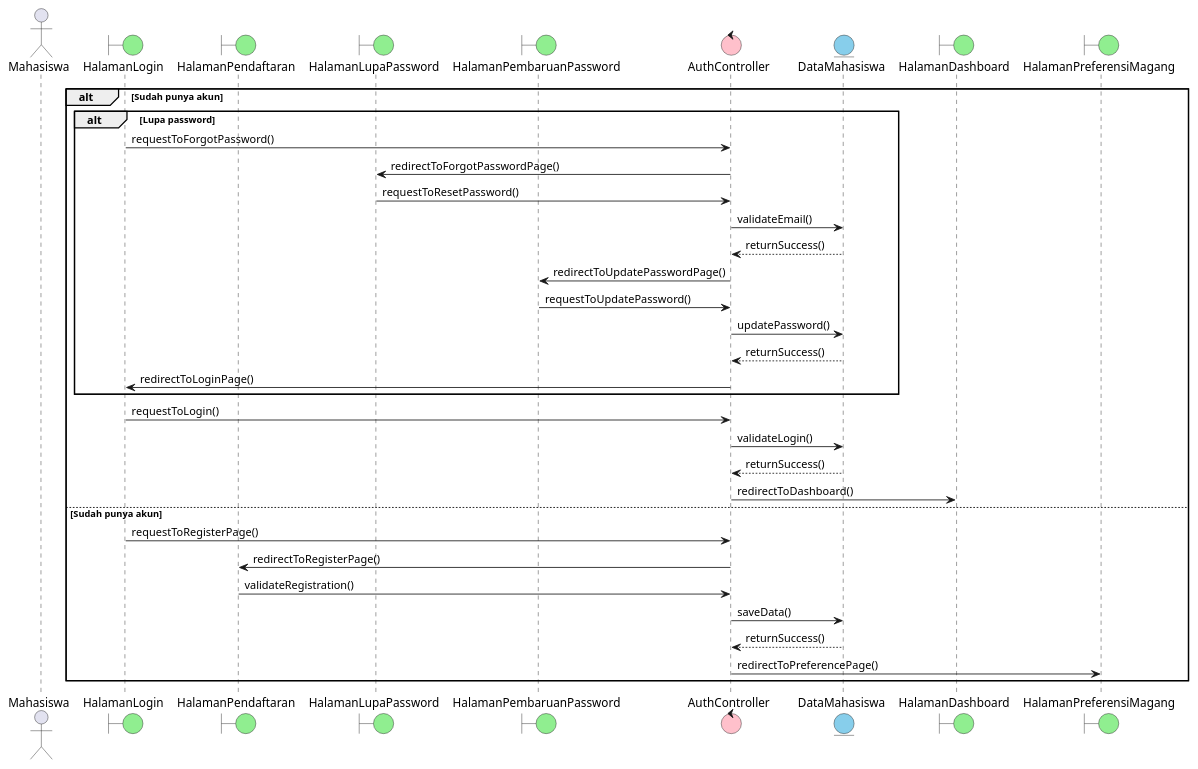
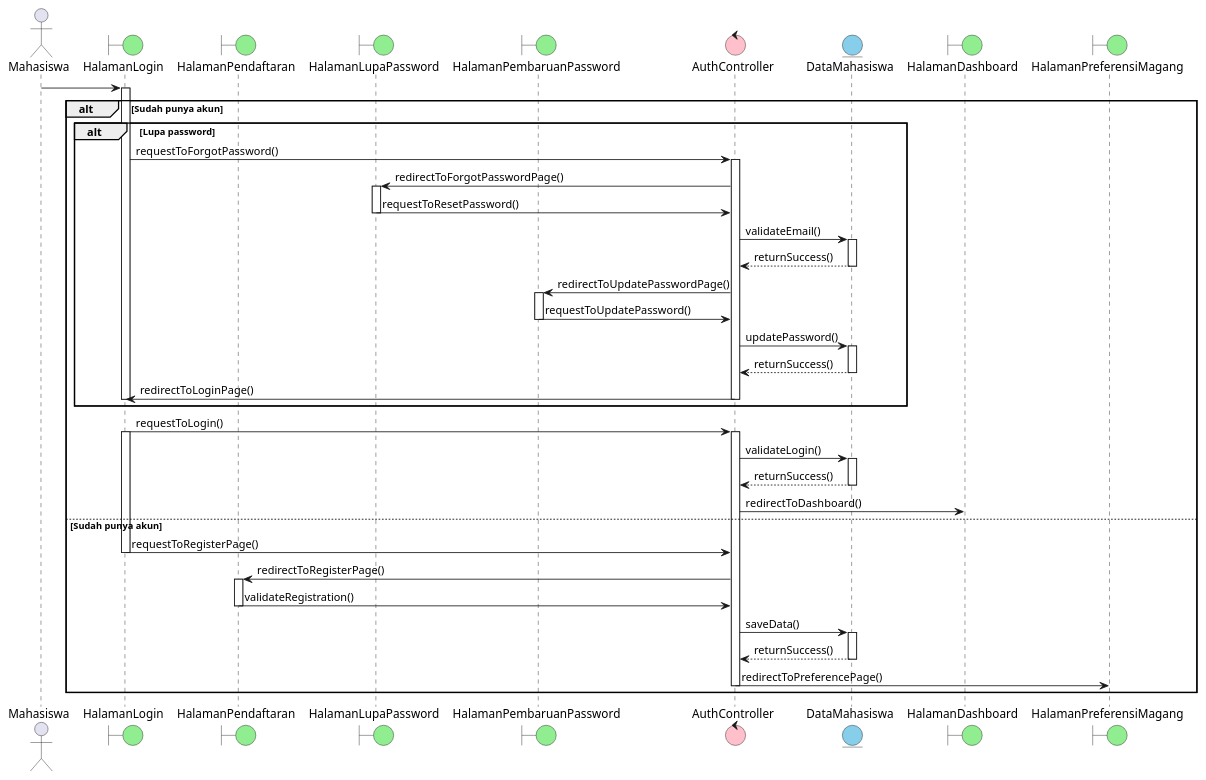
Before and after one commit to petrusthelastking/MAGNET-Magang-Network-And-Tracking: the diagram in docs/sequence-diagram/mahasiswa/01-masuk-ke-sistem.plantuml, drawn with PlantUML. The commit also changed 6 other files, not shown here.

Commit message:
doc: add streamline to some existing sequence diagram

```diff
--- a/docs/sequence-diagram/mahasiswa/01-masuk-ke-sistem.plantuml
+++ b/docs/sequence-diagram/mahasiswa/01-masuk-ke-sistem.plantuml
@@ -1,43 +1,67 @@
 @startuml masuk-ke-sistem
 
 actor Mahasiswa
 
 boundary HalamanLogin #LightGreen
 boundary HalamanPendaftaran #LightGreen
 boundary HalamanLupaPassword #LightGreen
 boundary HalamanPembaruanPassword #LightGreen
 
 control AuthController #Pink
 
 entity DataMahasiswa #SkyBlue
 
 boundary HalamanDashboard #LightGreen
 boundary HalamanPreferensiMagang #LightGreen
 
+Mahasiswa -> HalamanLogin
+
 alt Sudah punya akun
     alt Lupa password
+        activate HalamanLogin
         HalamanLogin -> AuthController : requestToForgotPassword()
+        activate AuthController
         AuthController -> HalamanLupaPassword : redirectToForgotPasswordPage()
+        activate HalamanLupaPassword
         HalamanLupaPassword -> AuthController : requestToResetPassword()
+        deactivate HalamanLupaPassword
         AuthController -> DataMahasiswa : validateEmail()
+        activate DataMahasiswa
         DataMahasiswa --> AuthController : returnSuccess()
+        deactivate DataMahasiswa
         AuthController -> HalamanPembaruanPassword : redirectToUpdatePasswordPage()
+        activate HalamanPembaruanPassword
         HalamanPembaruanPassword -> AuthController : requestToUpdatePassword()
+        deactivate HalamanPembaruanPassword
         AuthController -> DataMahasiswa : updatePassword()
+        activate DataMahasiswa
         DataMahasiswa --> AuthController : returnSuccess()
+        deactivate DataMahasiswa
         AuthController -> HalamanLogin : redirectToLoginPage()
+        deactivate AuthController
+        deactivate HalamanLogin
     end
     HalamanLogin -> AuthController : requestToLogin()
+    activate HalamanLogin
+    activate AuthController
     AuthController -> DataMahasiswa : validateLogin()
+    activate DataMahasiswa
     DataMahasiswa --> AuthController : returnSuccess()
+    deactivate DataMahasiswa
     AuthController -> HalamanDashboard : redirectToDashboard()
 else Sudah punya akun
     HalamanLogin -> AuthController : requestToRegisterPage()
+    deactivate HalamanLogin
     AuthController -> HalamanPendaftaran : redirectToRegisterPage()
+    activate HalamanPendaftaran
     HalamanPendaftaran -> AuthController : validateRegistration()
+    deactivate HalamanPendaftaran
     AuthController -> DataMahasiswa : saveData()
+    activate DataMahasiswa
     DataMahasiswa --> AuthController : returnSuccess()
+    deactivate DataMahasiswa
     AuthController -> HalamanPreferensiMagang : redirectToPreferencePage()
+    deactivate AuthController
 end
 
 @enduml
```
